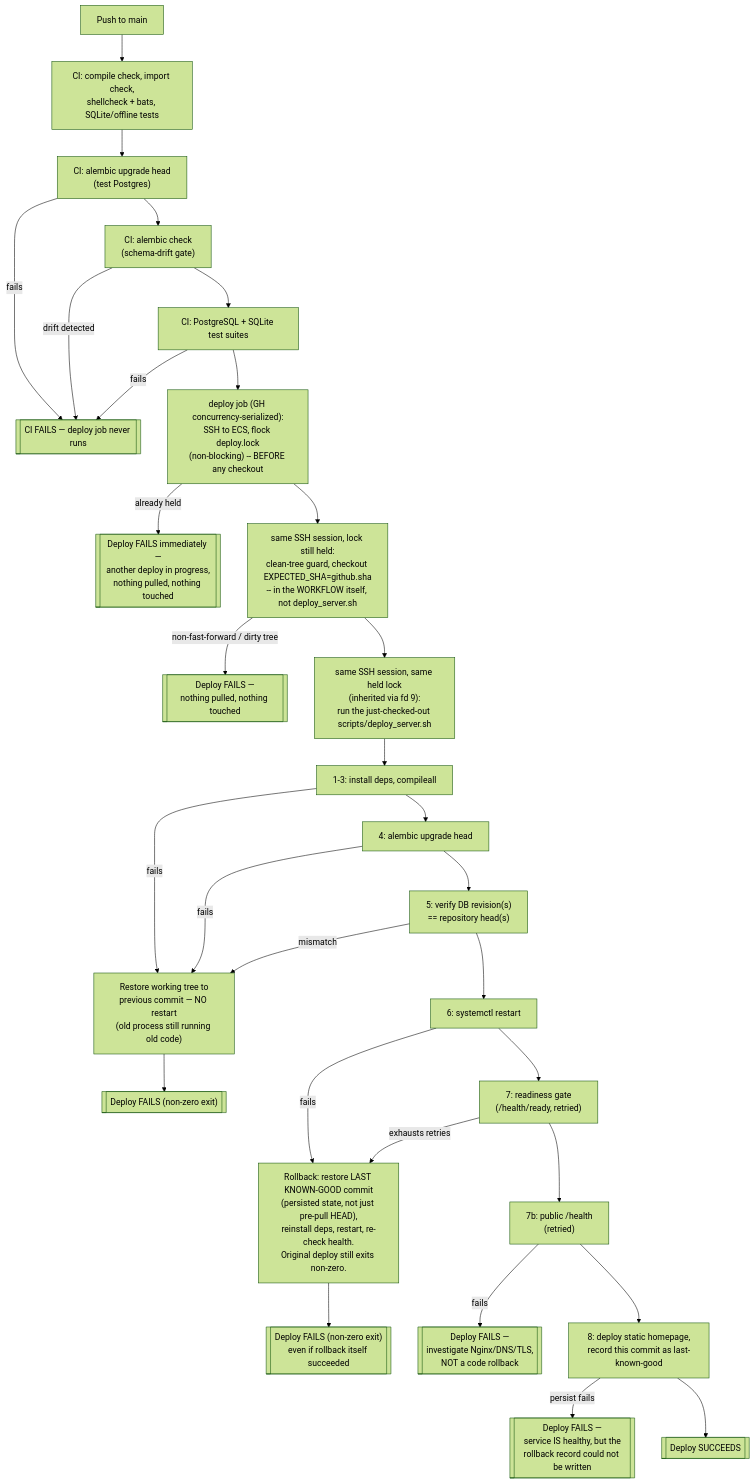
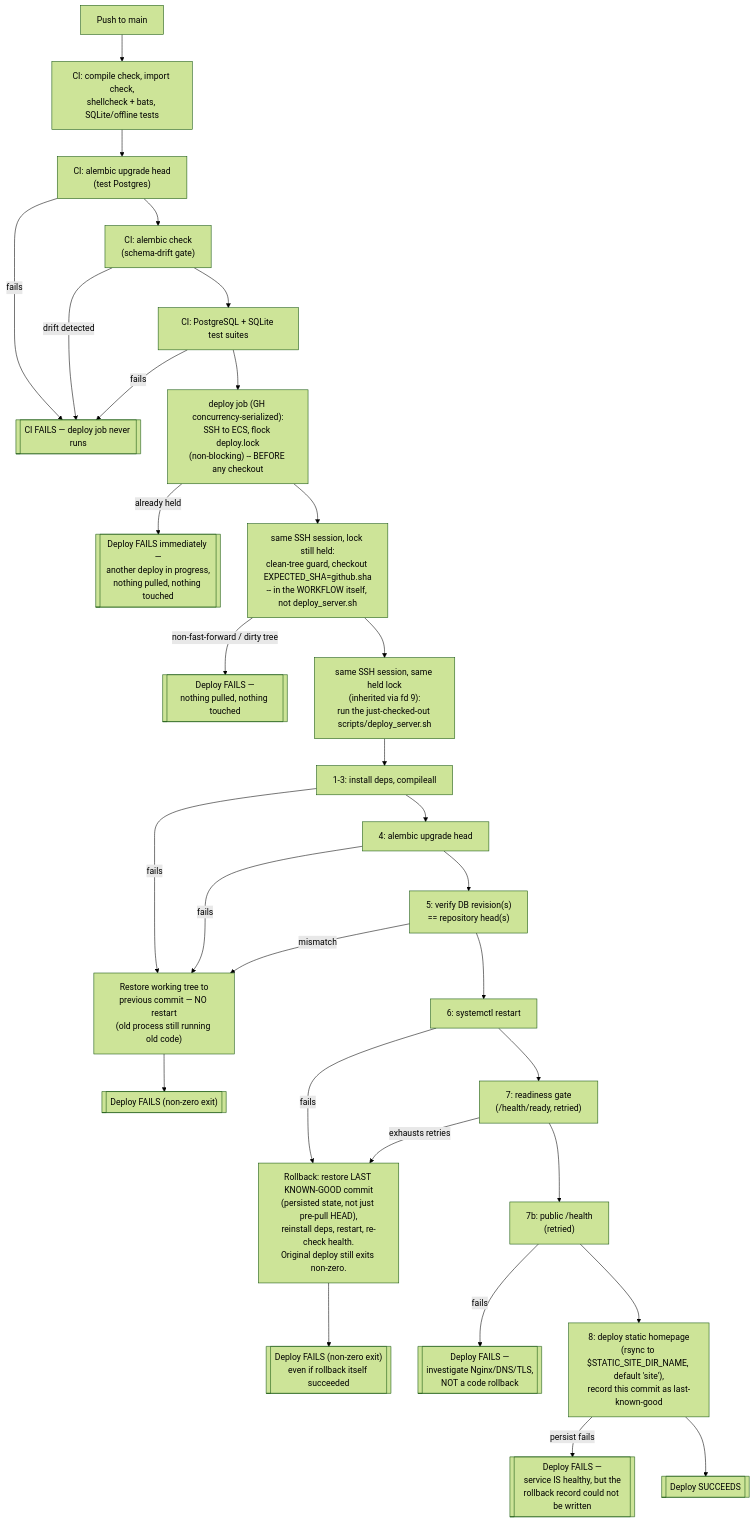
The diagram in docs/DEPLOYMENT.md (zuohaisu/wecom-archive), drawn with Mermaid (forest theme) before and after one commit. The commit also changed other lines of this file and 3 other files, not shown here.

Commit message:
fix the static homepage

````diff
--- a/docs/DEPLOYMENT.md
+++ b/docs/DEPLOYMENT.md
@@ -192,34 +193,34 @@
 ```mermaid
 flowchart TD
     A[Push to main] --> B["CI: compile check, import check,\nshellcheck + bats, SQLite/offline tests"]
     B --> C["CI: alembic upgrade head\n(test Postgres)"]
     C -->|fails| CI_FAIL[["CI FAILS — deploy job never runs"]]
     C --> D["CI: alembic check\n(schema-drift gate)"]
     D -->|drift detected| CI_FAIL
     D --> E["CI: PostgreSQL + SQLite test suites"]
     E -->|fails| CI_FAIL
     E --> F_LOCK["deploy job (GH concurrency-serialized):\nSSH to ECS, flock deploy.lock\n(non-blocking) -- BEFORE any checkout"]
     F_LOCK -->|already held| FAILLOCK[["Deploy FAILS immediately —\nanother deploy in progress,\nnothing pulled, nothing touched"]]
     F_LOCK --> F0["same SSH session, lock still held:\nclean-tree guard, checkout EXPECTED_SHA=github.sha\n-- in the WORKFLOW itself, not deploy_server.sh"]
     F0 -->|non-fast-forward / dirty tree| FAIL0[["Deploy FAILS —\nnothing pulled, nothing touched"]]
     F0 --> F["same SSH session, same held lock\n(inherited via fd 9):\nrun the just-checked-out scripts/deploy_server.sh"]
 
     F --> G["1-3: install deps, compileall"]
     G -->|fails| ROLLBACK_CODE["Restore working tree to\nprevious commit — NO restart\n(old process still running old code)"]
     G --> H["4: alembic upgrade head"]
     H -->|fails| ROLLBACK_CODE
     H --> I["5: verify DB revision(s)\n== repository head(s)"]
     I -->|mismatch| ROLLBACK_CODE
     I --> J["6: systemctl restart"]
     J -->|fails| ROLLBACK_FULL
     J --> K["7: readiness gate\n(/health/ready, retried)"]
     K -->|exhausts retries| ROLLBACK_FULL["Rollback: restore LAST KNOWN-GOOD commit\n(persisted state, not just pre-pull HEAD),\nreinstall deps, restart, re-check health.\nOriginal deploy still exits non-zero."]
     K --> L["7b: public /health\n(retried)"]
     L -->|fails| PROXY_FAIL[["Deploy FAILS —\ninvestigate Nginx/DNS/TLS,\nNOT a code rollback"]]
-    L --> M["8: deploy static homepage,\nrecord this commit as last-known-good"]
+    L --> M["8: deploy static homepage\n(rsync to $STATIC_SITE_DIR_NAME, default 'site'),\nrecord this commit as last-known-good"]
     M -->|persist fails| FAILPERSIST[["Deploy FAILS —\nservice IS healthy, but the\nrollback record could not be written"]]
     M --> N[["Deploy SUCCEEDS"]]
 
     ROLLBACK_CODE --> FAIL1[["Deploy FAILS (non-zero exit)"]]
     ROLLBACK_FULL --> FAIL2[["Deploy FAILS (non-zero exit)\neven if rollback itself succeeded"]]
 ```
````
